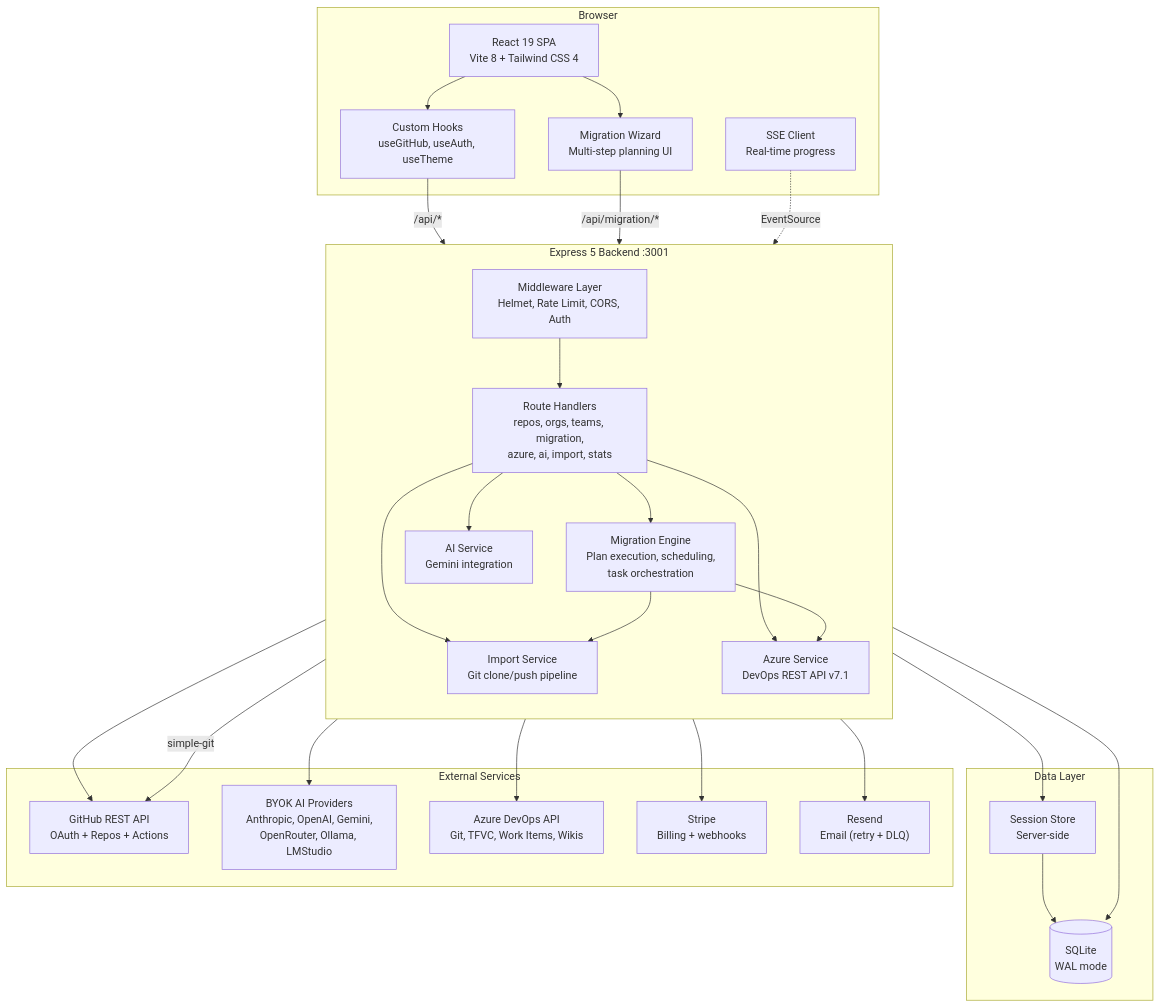
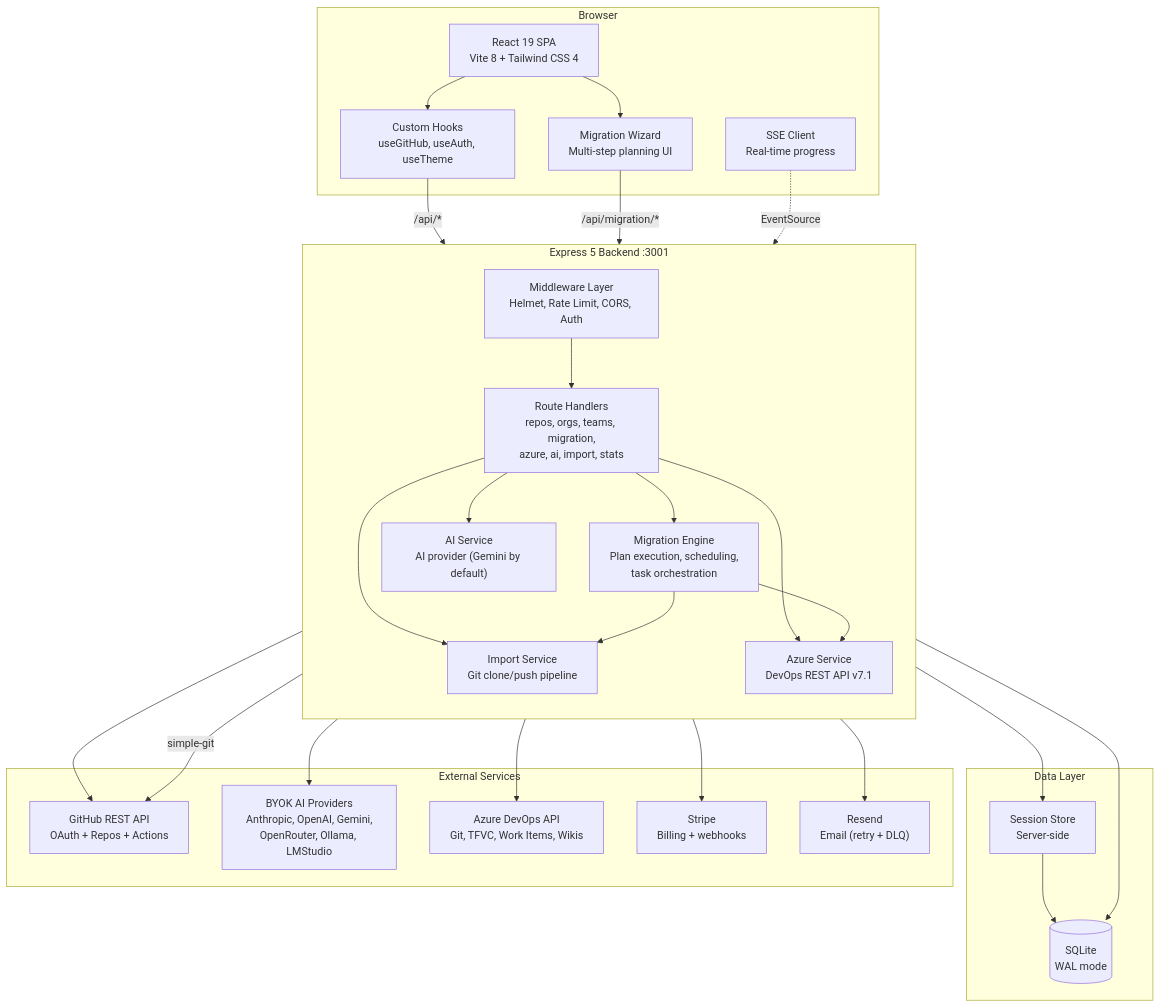
The diagram in docs/architecture/overview.md (brunobola-portfolio/GitHub-Repo-Manager), drawn with Mermaid before and after one commit. The commit also changed other lines of this file and 93 other files, not shown here.

````diff
--- a/docs/architecture/overview.md
+++ b/docs/architecture/overview.md
@@ -425,57 +425,57 @@
 ```mermaid
 graph TB
     subgraph Client["Browser"]
         UI["React 19 SPA<br/>Vite 8 + Tailwind CSS 4"]
         Hooks["Custom Hooks<br/>useGitHub, useAuth, useTheme"]
         Wizard["Migration Wizard<br/>Multi-step planning UI"]
         SSE["SSE Client<br/>Real-time progress"]
     end
 
     subgraph Server["Express 5 Backend :3001"]
         direction TB
         MW["Middleware Layer<br/>Helmet, Rate Limit, CORS, Auth"]
         Routes["Route Handlers<br/>repos, orgs, teams, migration,<br/>azure, ai, import, stats"]
         Engine["Migration Engine<br/>Plan execution, scheduling,<br/>task orchestration"]
         Import["Import Service<br/>Git clone/push pipeline"]
-        AI["AI Service<br/>Gemini integration"]
+        AI["AI Service<br/>AI provider (Gemini by default)"]
         Azure["Azure Service<br/>DevOps REST API v7.1"]
     end
 
     subgraph Storage["Data Layer"]
         DB[("SQLite<br/>WAL mode")]
         Sessions["Session Store<br/>Server-side"]
     end
 
     subgraph External["External Services"]
         GH["GitHub REST API<br/>OAuth + Repos + Actions"]
         BYOK["BYOK AI Providers<br/>Anthropic, OpenAI, Gemini,<br/>OpenRouter, Ollama, LMStudio"]
         ADO["Azure DevOps API<br/>Git, TFVC, Work Items, Wikis"]
         Stripe["Stripe<br/>Billing + webhooks"]
         Resend["Resend<br/>Email (retry + DLQ)"]
     end
 
     UI --> Hooks
     UI --> Wizard
     Hooks -->|"/api/*"| MW
     Wizard -->|"/api/migration/*"| MW
     SSE -.->|"EventSource"| Routes
 
     MW --> Routes
     Routes --> Engine
     Routes --> Import
     Routes --> AI
     Routes --> Azure
     Engine --> Import
     Engine --> Azure
 
     Routes --> DB
     MW --> Sessions
     Sessions --> DB
 
     Routes --> GH
     AI --> BYOK
     Azure --> ADO
     Routes --> Stripe
     Routes --> Resend
     Import -->|"simple-git"| GH
 ```
````
